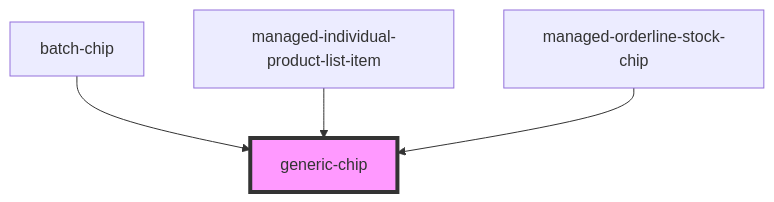
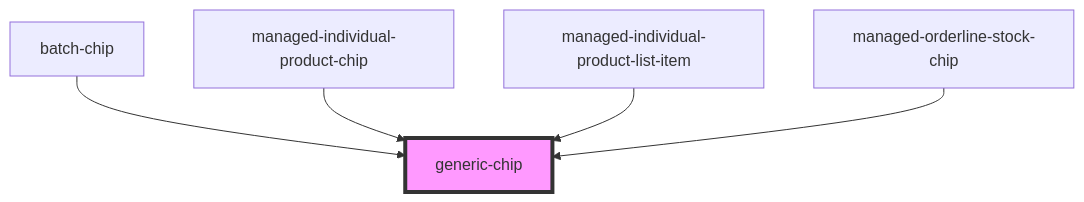
One commit to PharmaLedger-IMI/fgt-workspace changed the diagram in pdm-web-components/src/components/generic-chip/readme.md. Above: the diagram before and after it, drawn with Mermaid. The commit also changed other lines of this file and 48 other files, not shown here.

````diff
--- a/pdm-web-components/src/components/generic-chip/readme.md
+++ b/pdm-web-components/src/components/generic-chip/readme.md
@@ -33,7 +34,8 @@
 ```mermaid
 graph TD;
   batch-chip --> generic-chip
+  managed-individual-product-chip --> generic-chip
   managed-individual-product-list-item --> generic-chip
   managed-orderline-stock-chip --> generic-chip
   style generic-chip fill:#f9f,stroke:#333,stroke-width:4px
 ```
````
